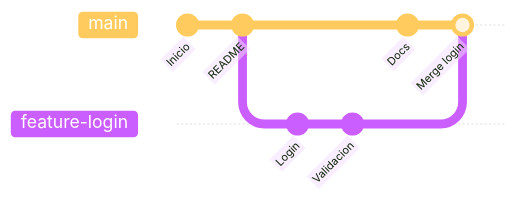
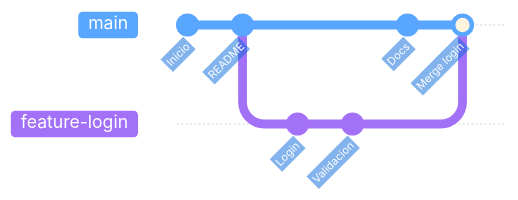
The third of 9 diagrams in README.md (7on2/curso-git-github-desde-cero), drawn with Mermaid before and after one commit. The commit also changed other lines of this file, not shown here.

Commit message:
Mejora colores e iconos de diagramas Mermaid

````diff
--- a/README.md
+++ b/README.md
@@ -240,13 +240,13 @@
 ```mermaid
-%%{init: {'theme': 'base', 'themeVariables': {'primaryTextColor': '#fff', 'lineColor': '#e0e0e0'}}}%%
+%%{init: {'theme': 'base', 'themeVariables': {'primaryTextColor': '#ffffff', 'secondaryTextColor': '#ffffff', 'tertiaryTextColor': '#ffffff', 'lineColor': '#d0d7de', 'commitLabelColor': '#ffffff', 'commitLabelBackground': '#0969da', 'git0': '#58a6ff', 'git1': '#a371f7', 'fontFamily': 'Arial'}}}%%
 gitGraph
     commit id: "Inicio"
     commit id: "README"
     branch feature-login
     checkout feature-login
     commit id: "Login"
     commit id: "Validacion"
     checkout main
     commit id: "Docs"
     merge feature-login id: "Merge login"
 ```
````
